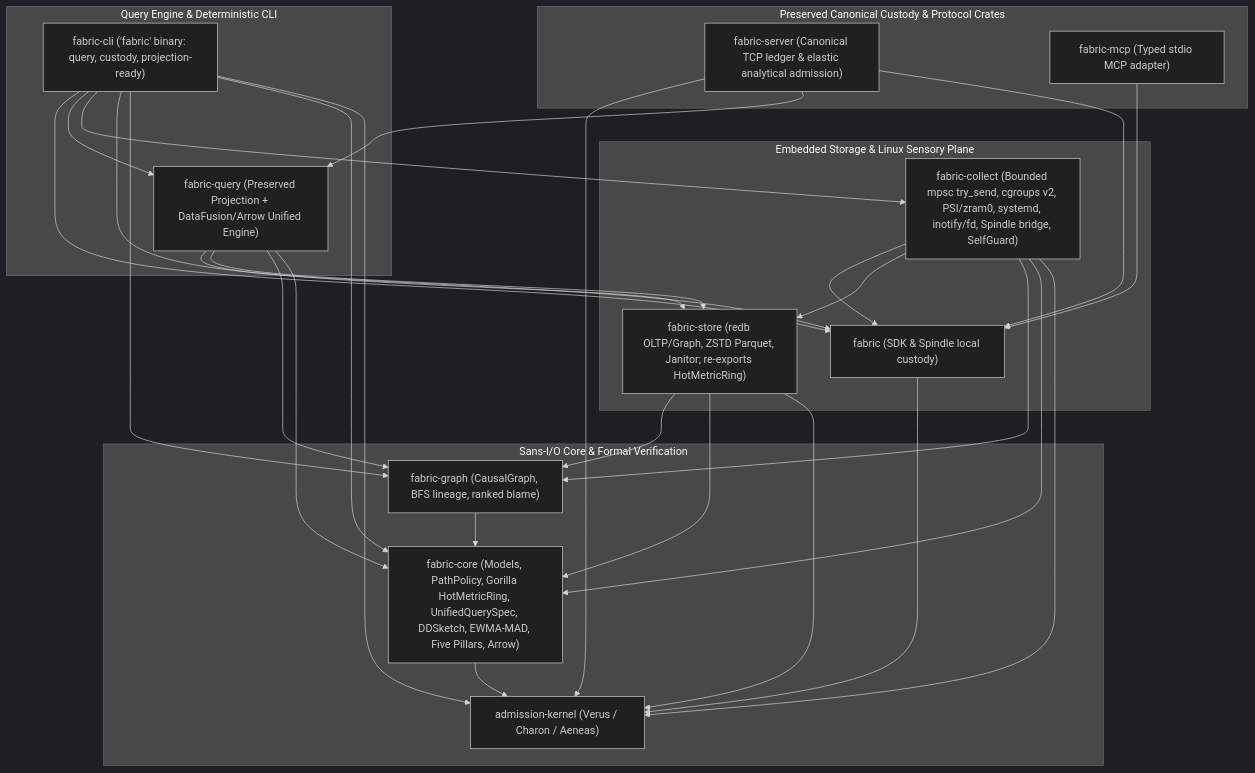
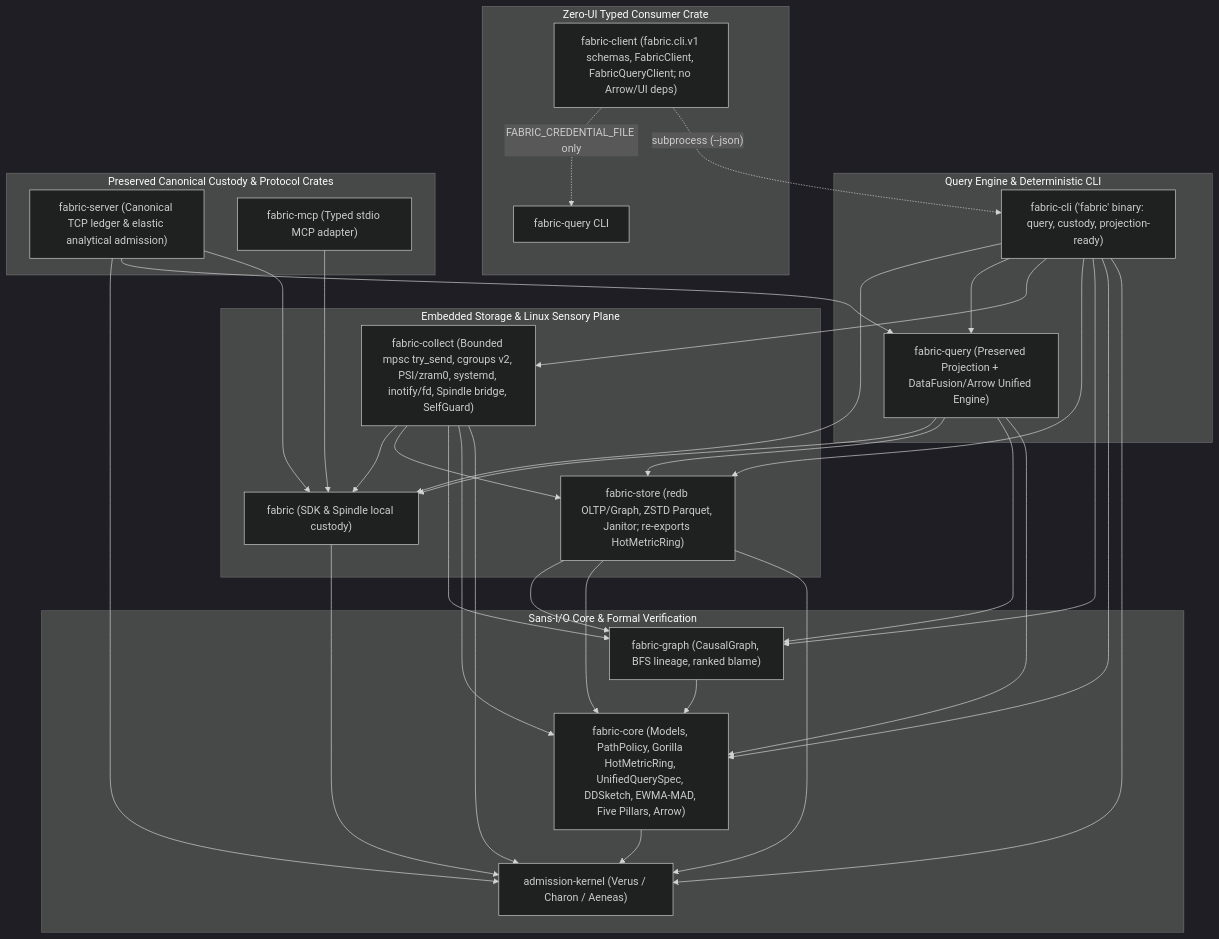
Before and after one commit to kmosoti/FabricO11y: the first of 10 diagrams in docs/architecture.md, drawn with Mermaid (dark theme). The commit also changed other lines of this file and 31 other files, not shown here.

````diff
--- a/docs/architecture.md
+++ b/docs/architecture.md
@@ -9,50 +9,56 @@
 ```mermaid
 flowchart TD
     subgraph SansIO["Sans-I/O Core & Formal Verification"]
         AK["admission-kernel (Verus / Charon / Aeneas)"]
         FC["fabric-core (Models, PathPolicy, Gorilla HotMetricRing, UnifiedQuerySpec, DDSketch, EWMA-MAD, Five Pillars, Arrow)"]
         FG["fabric-graph (CausalGraph, BFS lineage, ranked blame)"]
         FC --> AK
         FG --> FC
     end
 
     subgraph StorageAndCollection["Embedded Storage & Linux Sensory Plane"]
         FS["fabric-store (redb OLTP/Graph, ZSTD Parquet, Janitor; re-exports HotMetricRing)"]
         COL["fabric-collect (Bounded mpsc try_send, cgroups v2, PSI/zram0, systemd, inotify/fd, Spindle bridge, SelfGuard)"]
         FS --> AK
         FS --> FC
         FS --> FG
         COL --> AK
         COL --> FC
         COL --> FG
         COL --> FS
         COL --> FAB
     end
 
     subgraph QueryAndCLI["Query Engine & Deterministic CLI"]
         FQ["fabric-query (Preserved Projection + DataFusion/Arrow Unified Engine)"]
         CLI["fabric-cli ('fabric' binary: query, custody, projection-ready)"]
         FQ --> FC
         FQ --> FG
         FQ --> FS
         FQ --> FAB
         CLI --> AK
         CLI --> FC
         CLI --> FG
         CLI --> FS
         CLI --> COL
         CLI --> FQ
         CLI --> FAB
     end
 
+    subgraph ZeroUIClient["Zero-UI Typed Consumer Crate"]
+        FCL["fabric-client (fabric.cli.v1 schemas, FabricClient, FabricQueryClient; no Arrow/UI deps)"]
+        FCL -. "subprocess (--json)" .-> CLI
+        FCL -. "FABRIC_CREDENTIAL_FILE only" .-> FQBIN["fabric-query CLI"]
+    end
+
     subgraph PreservedCustody["Preserved Canonical Custody & Protocol Crates"]
         FAB["fabric (SDK & Spindle local custody)"]
         SRV["fabric-server (Canonical TCP ledger & elastic analytical admission)"]
         MCP["fabric-mcp (Typed stdio MCP adapter)"]
         FAB --> AK
         SRV --> FAB
         SRV --> FQ
         SRV --> AK
         MCP --> FAB
     end
 ```
````
